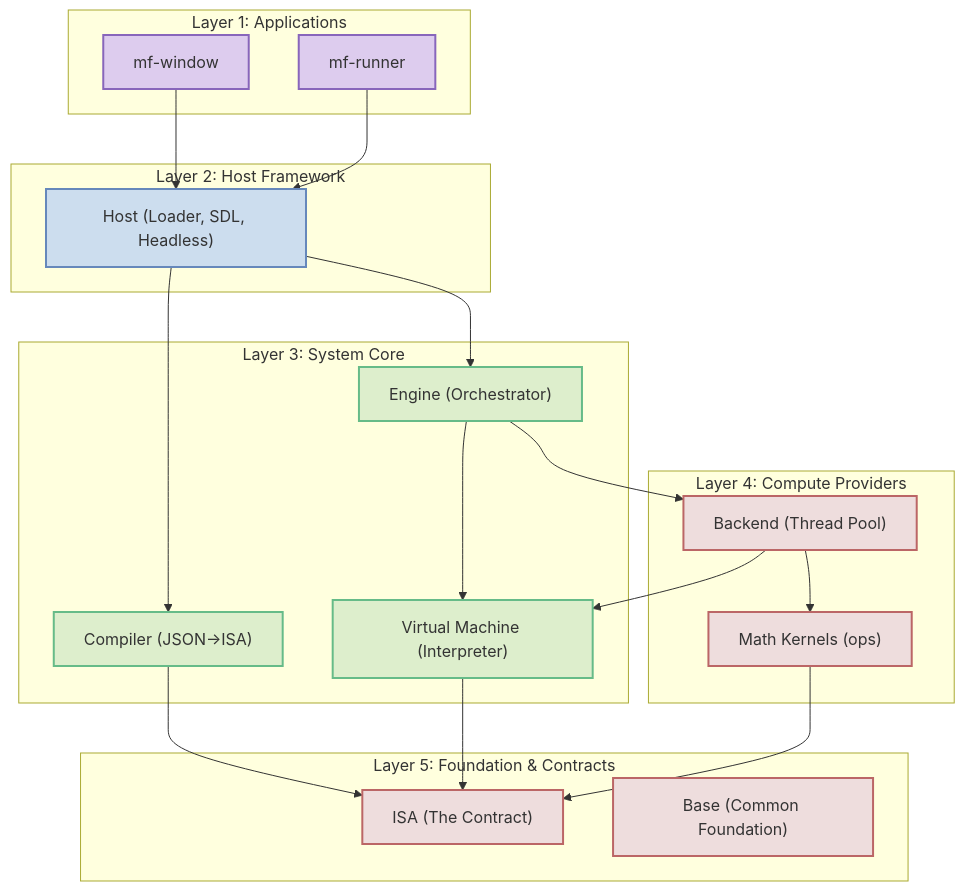
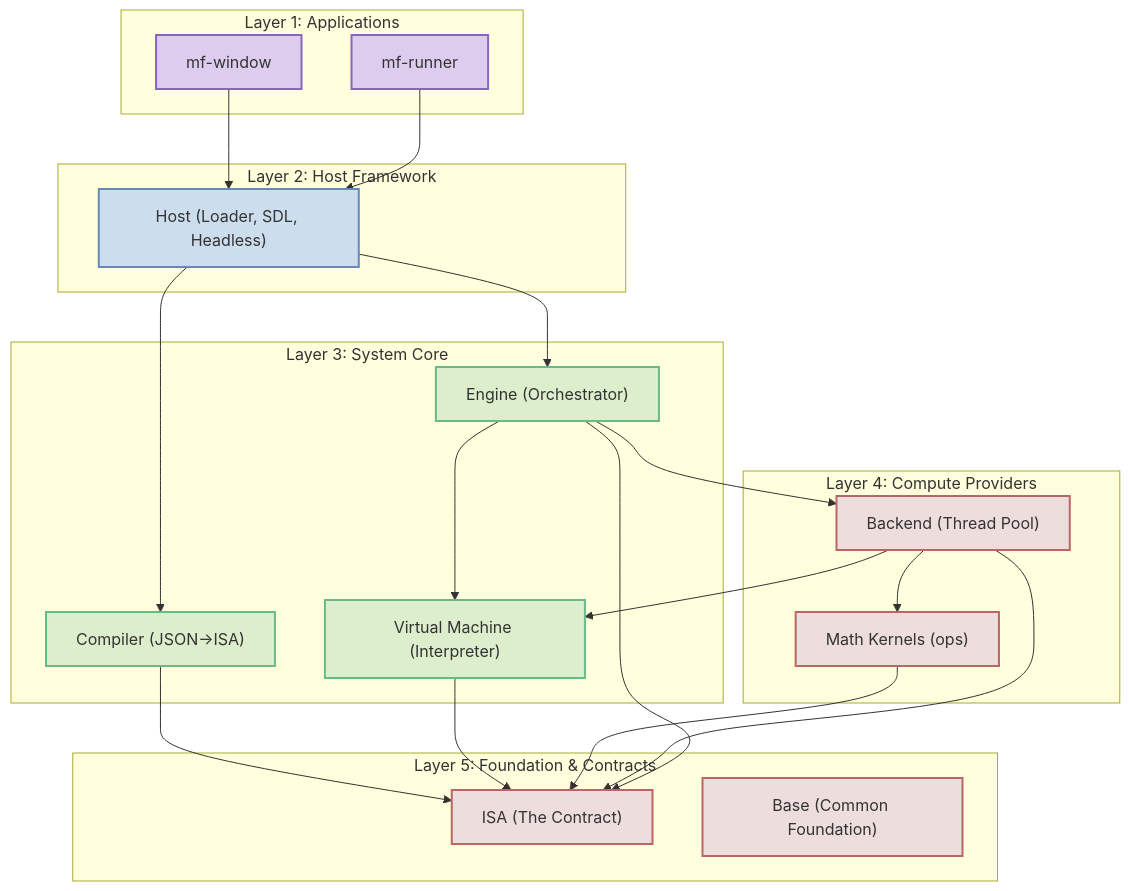
Before and after one commit to BinaryCat17/MathFlow: the second of 2 diagrams in docs/architecture.md, drawn with Mermaid.

Commit message:
Docs: Add explicit Engine->ISA and Backend->ISA dependencies to architecture diagram.

````diff
--- a/docs/architecture.md
+++ b/docs/architecture.md
@@ -96,57 +96,59 @@
 ```mermaid
 graph TD
     %% Styles
     classDef layerApp fill:#dce,stroke:#86b,stroke-width:2px;
     classDef layerHost fill:#cde,stroke:#68b,stroke-width:2px;
     classDef layerCore fill:#dec,stroke:#6b8,stroke-width:2px;
     classDef layerBase fill:#edd,stroke:#b66,stroke-width:2px;
 
     %% Layer 1: Apps (Executables)
     subgraph L1 ["Layer 1: Applications"]
         App_GUI["mf-window"]:::layerApp
         App_CLI["mf-runner"]:::layerApp
     end
 
     %% Layer 2: Host (Integration Library)
     subgraph L2 ["Layer 2: Host Framework"]
         Host["Host (Loader, SDL, Headless)"]:::layerHost
     end
 
     %% Layer 3: Core (Logic)
     subgraph L3 ["Layer 3: System Core"]
         Engine["Engine (Orchestrator)"]:::layerCore
         Compiler["Compiler (JSON->ISA)"]:::layerCore
         VM["Virtual Machine (Interpreter)"]:::layerCore
     end
 
     %% Layer 4: Compute (Execution)
     subgraph L4 ["Layer 4: Compute Providers"]
         Backend["Backend (Thread Pool)"]:::layerBase
         Ops["Math Kernels (ops)"]:::layerBase
     end
 
     %% Layer 5: Contracts
     subgraph L5 ["Layer 5: Foundation & Contracts"]
         ISA["ISA (The Contract)"]:::layerBase
         Base["Base (Common Foundation)"]:::layerBase
     end
 
     %% Dependencies (Build Time)
     App_GUI --> Host
     App_CLI --> Host
     
     Host --> Engine
     Host --> Compiler
     
     Engine --> VM
     Engine --> Backend
     
     Backend --> VM
     Backend --> Ops
     
     Compiler --> ISA
     VM --> ISA
     Ops --> ISA
+    Backend --> ISA
+    Engine --> ISA
     
     %% Base is implicit dependency for ALL modules
 ```
````
